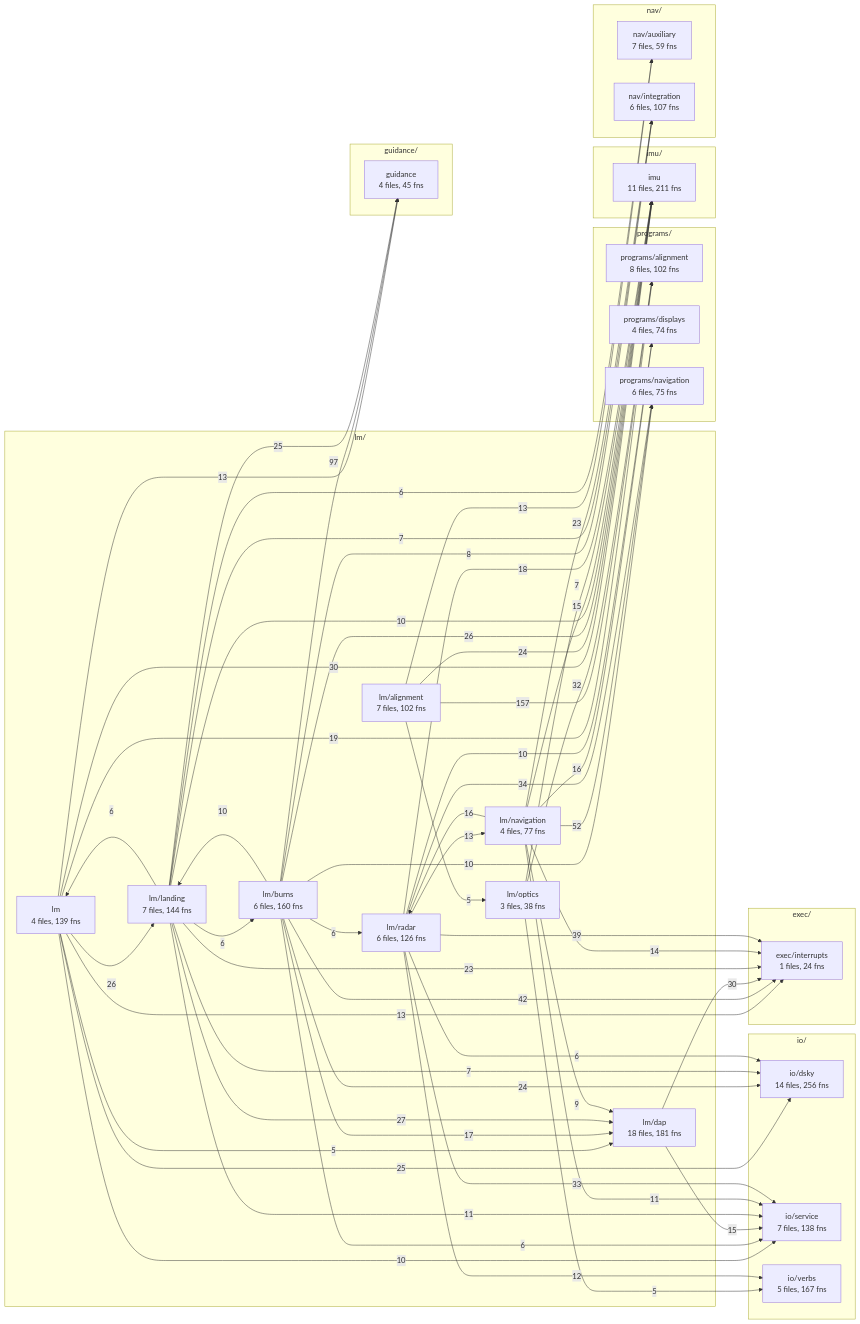
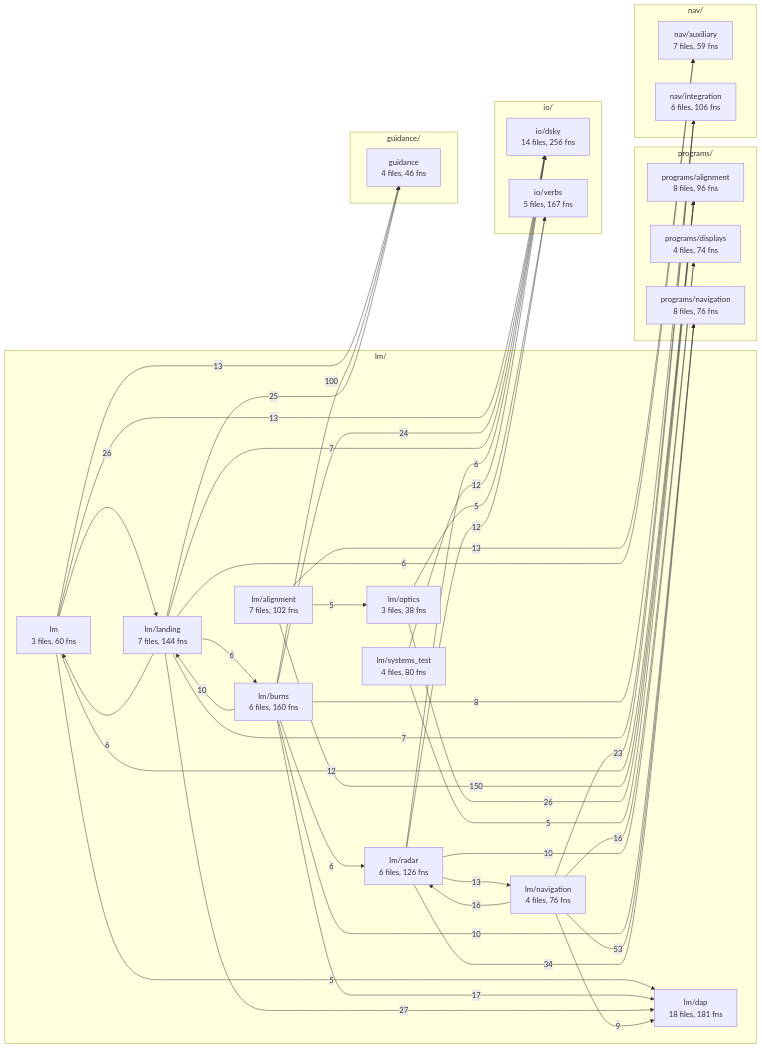
One commit to bobjoe400/apollo-c changed the fourth of 5 diagrams in docs/overview/README.md. Above: the diagram before and after it, drawn with Mermaid. The commit also changed other lines of this file and 154 other files, not shown here.

````diff
--- a/docs/overview/README.md
+++ b/docs/overview/README.md
@@ -480,89 +458,66 @@
 ```mermaid
 flowchart LR
     subgraph lm_layer["lm/"]
-        lm["lm<br/>4 files, 139 fns"]
+        lm["lm<br/>3 files, 60 fns"]
         lm_alignment["lm/alignment<br/>7 files, 102 fns"]
         lm_burns["lm/burns<br/>6 files, 160 fns"]
         lm_dap["lm/dap<br/>18 files, 181 fns"]
         lm_landing["lm/landing<br/>7 files, 144 fns"]
-        lm_navigation["lm/navigation<br/>4 files, 77 fns"]
+        lm_navigation["lm/navigation<br/>4 files, 76 fns"]
         lm_optics["lm/optics<br/>3 files, 38 fns"]
         lm_radar["lm/radar<br/>6 files, 126 fns"]
+        lm_systems_test["lm/systems_test<br/>4 files, 80 fns"]
     end
     subgraph programs_layer["programs/"]
-        programs_alignment["programs/alignment<br/>8 files, 102 fns"]
+        programs_alignment["programs/alignment<br/>8 files, 96 fns"]
         programs_displays["programs/displays<br/>4 files, 74 fns"]
-        programs_navigation["programs/navigation<br/>6 files, 75 fns"]
+        programs_navigation["programs/navigation<br/>8 files, 76 fns"]
     end
     subgraph guidance_layer["guidance/"]
-        guidance["guidance<br/>4 files, 45 fns"]
+        guidance["guidance<br/>4 files, 46 fns"]
     end
     subgraph io_layer["io/"]
         io_dsky["io/dsky<br/>14 files, 256 fns"]
-        io_service["io/service<br/>7 files, 138 fns"]
         io_verbs["io/verbs<br/>5 files, 167 fns"]
-    end
-    subgraph imu_layer["imu/"]
-        imu["imu<br/>11 files, 211 fns"]
     end
     subgraph nav_layer["nav/"]
         nav_auxiliary["nav/auxiliary<br/>7 files, 59 fns"]
-        nav_integration["nav/integration<br/>6 files, 107 fns"]
+        nav_integration["nav/integration<br/>6 files, 106 fns"]
     end
-    subgraph exec_layer["exec/"]
-        exec_interrupts["exec/interrupts<br/>1 files, 24 fns"]
-    end
-    lm -->|13| exec_interrupts
     lm -->|13| guidance
-    lm -->|30| imu
-    lm -->|25| io_dsky
-    lm -->|10| io_service
+    lm -->|13| io_dsky
     lm -->|5| lm_dap
     lm -->|26| lm_landing
-    lm -->|19| programs_alignment
-    lm_alignment -->|24| imu
+    lm -->|12| programs_alignment
     lm_alignment -->|5| lm_optics
     lm_alignment -->|13| nav_auxiliary
-    lm_alignment -->|157| programs_alignment
-    lm_burns -->|42| exec_interrupts
-    lm_burns -->|97| guidance
-    lm_burns -->|26| imu
+    lm_alignment -->|150| programs_alignment
+    lm_burns -->|100| guidance
     lm_burns -->|24| io_dsky
-    lm_burns -->|6| io_service
     lm_burns -->|17| lm_dap
     lm_burns -->|10| lm_landing
     lm_burns -->|6| lm_radar
     lm_burns -->|8| nav_integration
     lm_burns -->|10| programs_navigation
-    lm_dap -->|30| exec_interrupts
-    lm_dap -->|15| io_service
-    lm_landing -->|23| exec_interrupts
     lm_landing -->|25| guidance
-    lm_landing -->|10| imu
     lm_landing -->|7| io_dsky
-    lm_landing -->|11| io_service
     lm_landing -->|6| lm
     lm_landing -->|6| lm_burns
     lm_landing -->|27| lm_dap
     lm_landing -->|6| nav_auxiliary
     lm_landing -->|7| nav_integration
-    lm_navigation -->|14| exec_interrupts
-    lm_navigation -->|15| imu
-    lm_navigation -->|11| io_service
     lm_navigation -->|9| lm_dap
     lm_navigation -->|16| lm_radar
     lm_navigation -->|23| nav_integration
     lm_navigation -->|16| programs_displays
-    lm_navigation -->|52| programs_navigation
-    lm_optics -->|7| imu
+    lm_navigation -->|53| programs_navigation
     lm_optics -->|5| io_verbs
-    lm_optics -->|32| programs_alignment
-    lm_radar -->|39| exec_interrupts
-    lm_radar -->|18| imu
+    lm_optics -->|26| programs_alignment
     lm_radar -->|6| io_dsky
-    lm_radar -->|33| io_service
     lm_radar -->|12| io_verbs
     lm_radar -->|13| lm_navigation
     lm_radar -->|10| programs_displays
     lm_radar -->|34| programs_navigation
+    lm_systems_test -->|12| io_dsky
+    lm_systems_test -->|5| programs_alignment
 ```
````
